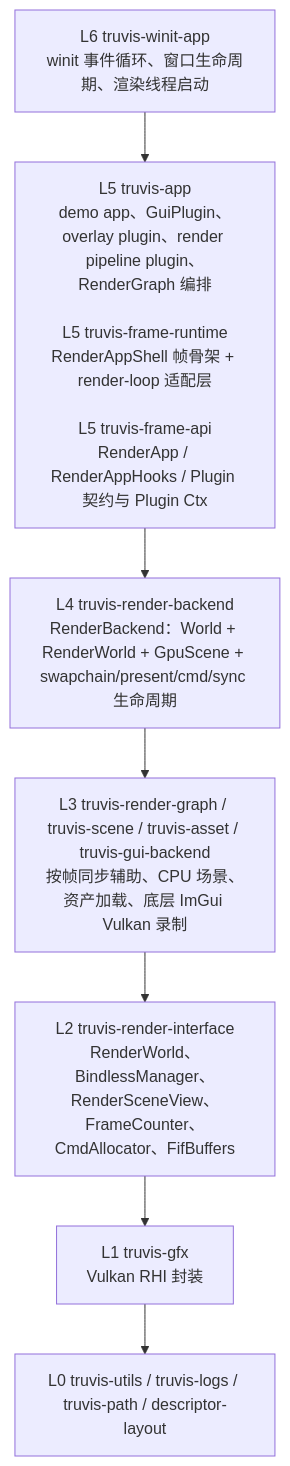
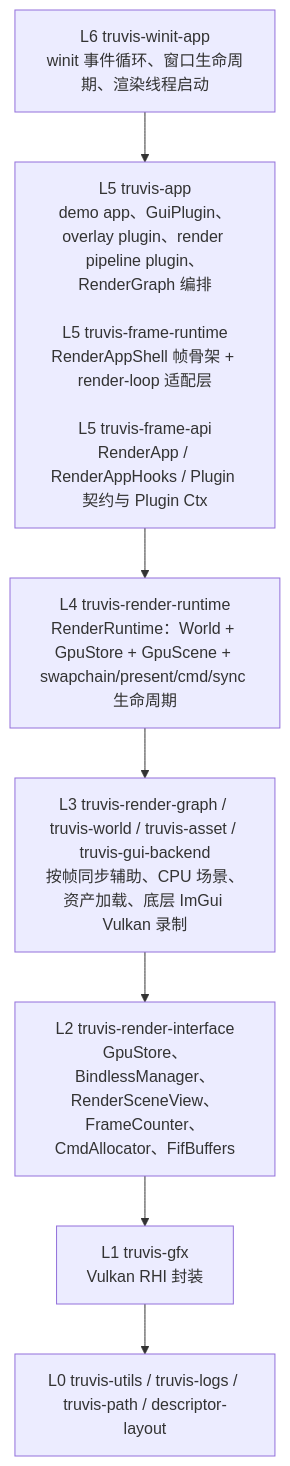
One commit to acccoco/TruvisRenderer changed the first of 7 diagrams in ARCHITECTURE.md. Above: the diagram before and after it, drawn with Mermaid. The commit also changed other lines of this file and 122 other files, not shown here.

First line of the commit message:
[refactor] 收敛渲染运行时与 CPU/GPU 状态命名

````diff
--- a/ARCHITECTURE.md
+++ b/ARCHITECTURE.md
@@ -9,12 +9,12 @@
 ```mermaid
 flowchart TB
     L6["L6 truvis-winit-app<br/>winit 事件循环、窗口生命周期、渲染线程启动"]
     L5["L5 truvis-app<br/>demo app、GuiPlugin、overlay plugin、render pipeline plugin、RenderGraph 编排<br/><br/>L5 truvis-frame-runtime<br/>RenderAppShell 帧骨架 + render-loop 适配层<br/><br/>L5 truvis-frame-api<br/>RenderApp / RenderAppHooks / Plugin 契约与 Plugin Ctx"]
-    L4["L4 truvis-render-backend<br/>RenderBackend：World + RenderWorld + GpuScene + swapchain/present/cmd/sync 生命周期"]
-    L3["L3 truvis-render-graph / truvis-scene / truvis-asset / truvis-gui-backend<br/>按帧同步辅助、CPU 场景、资产加载、底层 ImGui Vulkan 录制"]
-    L2["L2 truvis-render-interface<br/>RenderWorld、BindlessManager、RenderSceneView、FrameCounter、CmdAllocator、FifBuffers"]
+    L4["L4 truvis-render-runtime<br/>RenderRuntime：World + GpuStore + GpuScene + swapchain/present/cmd/sync 生命周期"]
+    L3["L3 truvis-render-graph / truvis-world / truvis-asset / truvis-gui-backend<br/>按帧同步辅助、CPU 场景、资产加载、底层 ImGui Vulkan 录制"]
+    L2["L2 truvis-render-interface<br/>GpuStore、BindlessManager、RenderSceneView、FrameCounter、CmdAllocator、FifBuffers"]
     L1["L1 truvis-gfx<br/>Vulkan RHI 封装"]
     L0["L0 truvis-utils / truvis-logs / truvis-path / descriptor-layout"]
 
     L6 --> L5 --> L4 --> L3 --> L2 --> L1 --> L0
 ```
````
